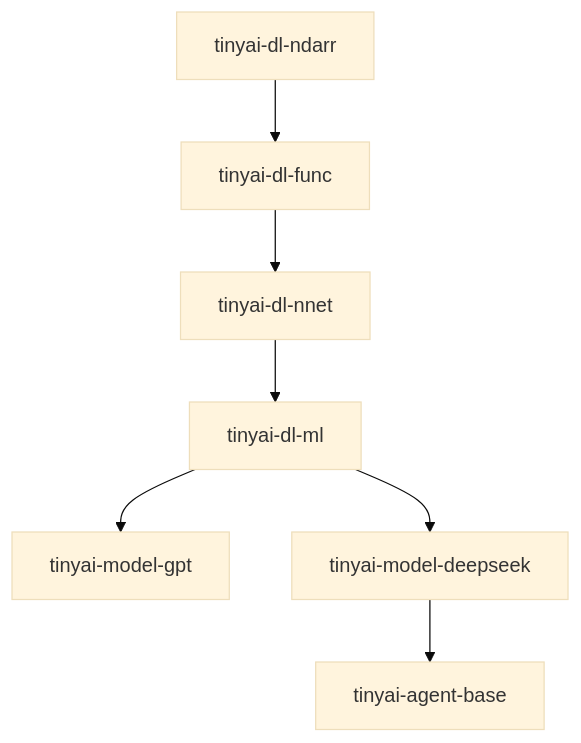
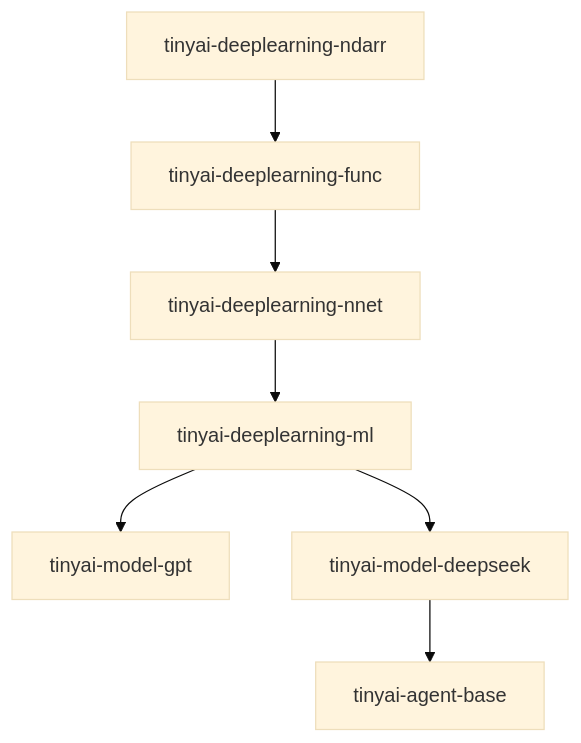
Before and after one commit to Leavesfly/TinyAI: the diagram in .qoder/repowiki/zh/content/技术架构/构建系统与模块化/构建系统与模块化.md, drawn with Mermaid (base theme). The commit also changed other lines of this file and 40 other files, not shown here.

````diff
--- a/.qoder/repowiki/zh/content/技术架构/构建系统与模块化/构建系统与模块化.md
+++ b/.qoder/repowiki/zh/content/技术架构/构建系统与模块化/构建系统与模块化.md
@@ -183,9 +225,9 @@
 ```mermaid
 graph TD
-A[tinyai-dl-ndarr] --> B[tinyai-dl-func]
-B --> C[tinyai-dl-nnet]
-C --> D[tinyai-dl-ml]
+A[tinyai-deeplearning-ndarr] --> B[tinyai-deeplearning-func]
+B --> C[tinyai-deeplearning-nnet]
+C --> D[tinyai-deeplearning-ml]
 D --> E[tinyai-model-gpt]
 D --> F[tinyai-model-deepseek]
 F --> G[tinyai-agent-base]
 ```
````
